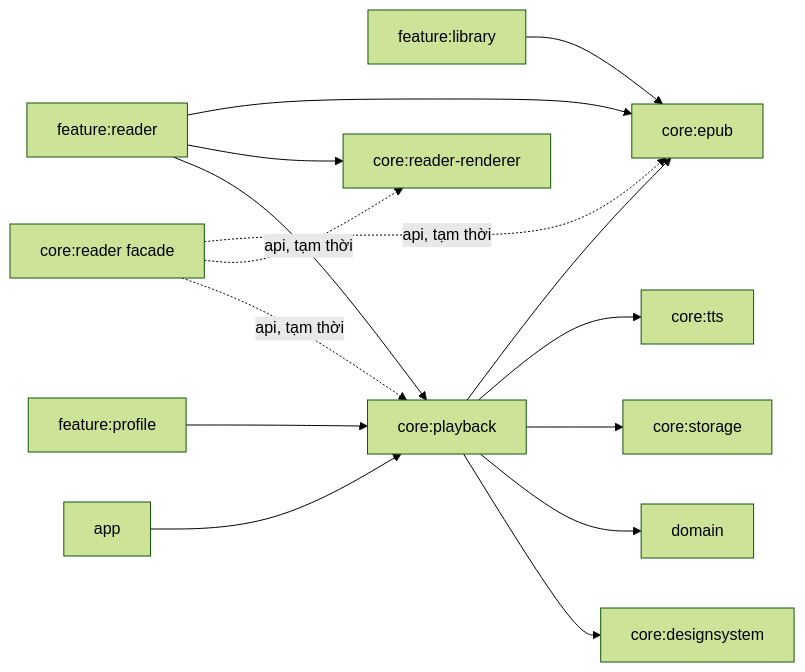
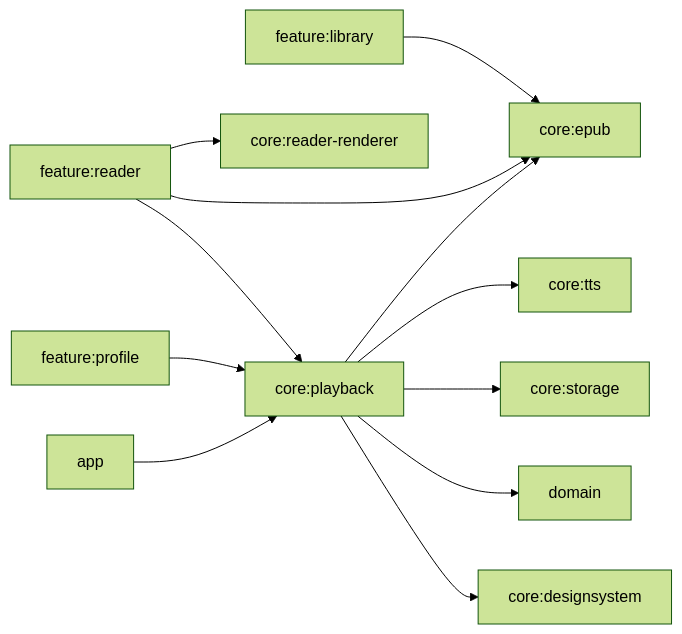
One commit to phdqq1006/EpubPro changed the diagram in docs/specs/core_reader_module_split_plan.md. Above: the diagram before and after it, drawn with Mermaid (forest theme). The commit also changed other lines of this file, not shown here.

First line of the commit message:
docs(specs): update core:reader module split plan to COMPLETED status

````diff
--- a/docs/specs/core_reader_module_split_plan.md
+++ b/docs/specs/core_reader_module_split_plan.md
@@ -49,19 +47,15 @@
 ```mermaid
 flowchart LR
     LIB["feature:library"] --> EPUB["core:epub"]
     READER["feature:reader"] --> EPUB
     READER --> RENDERER["core:reader-renderer"]
     READER --> PLAYBACK["core:playback"]
     PROFILE["feature:profile"] --> PLAYBACK
     APP["app"] --> PLAYBACK
 
     PLAYBACK --> EPUB
     PLAYBACK --> TTS["core:tts"]
     PLAYBACK --> STORAGE["core:storage"]
     PLAYBACK --> DOMAIN["domain"]
     PLAYBACK --> DS["core:designsystem"]
-
-    FACADE["core:reader facade"] -. "api, tạm thời" .-> EPUB
-    FACADE -. "api, tạm thời" .-> RENDERER
-    FACADE -. "api, tạm thời" .-> PLAYBACK
 ```
````
